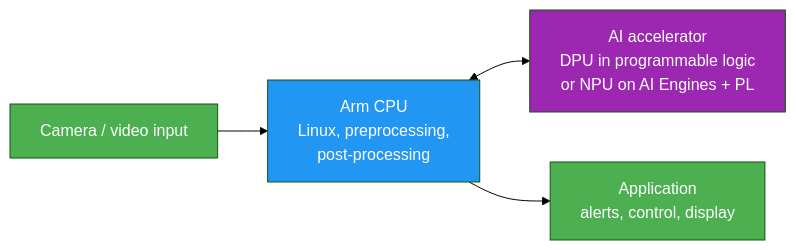
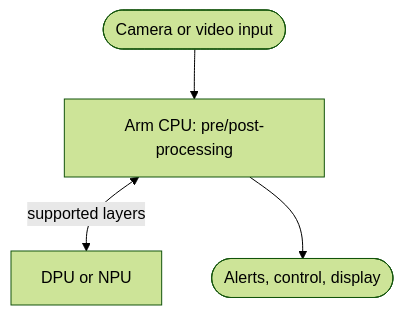
Before and after one commit to wenerme/ai: the first of 4 diagrams in skills/ultralytics-docs/references/integrations/xilinx.md, drawn with Mermaid (forest theme). The commit also changed other lines of this file and 476 other files, not shown here.

````diff
--- a/skills/ultralytics-docs/references/integrations/xilinx.md
+++ b/skills/ultralytics-docs/references/integrations/xilinx.md
@@ -82,10 +82,6 @@
 ```mermaid
-graph LR
-    A[Camera / video input]:::start --> B[Arm CPU<br>Linux, preprocessing,<br>post-processing]:::proc
-    B <--> C[AI accelerator<br>DPU in programmable logic<br>or NPU on AI Engines + PL]:::out
-    B --> D[Application<br>alerts, control, display]:::start
-
-    classDef start fill:#4CAF50,color:#fff
-    classDef proc fill:#2196F3,color:#fff
-    classDef out fill:#9C27B0,color:#fff
+flowchart TD
+    A([Camera or video input]) --> B["Arm CPU: pre/post-processing"]
+    B <-->|supported layers| C[DPU or NPU]
+    B --> D(["Alerts, control, display"])
 ```
````
